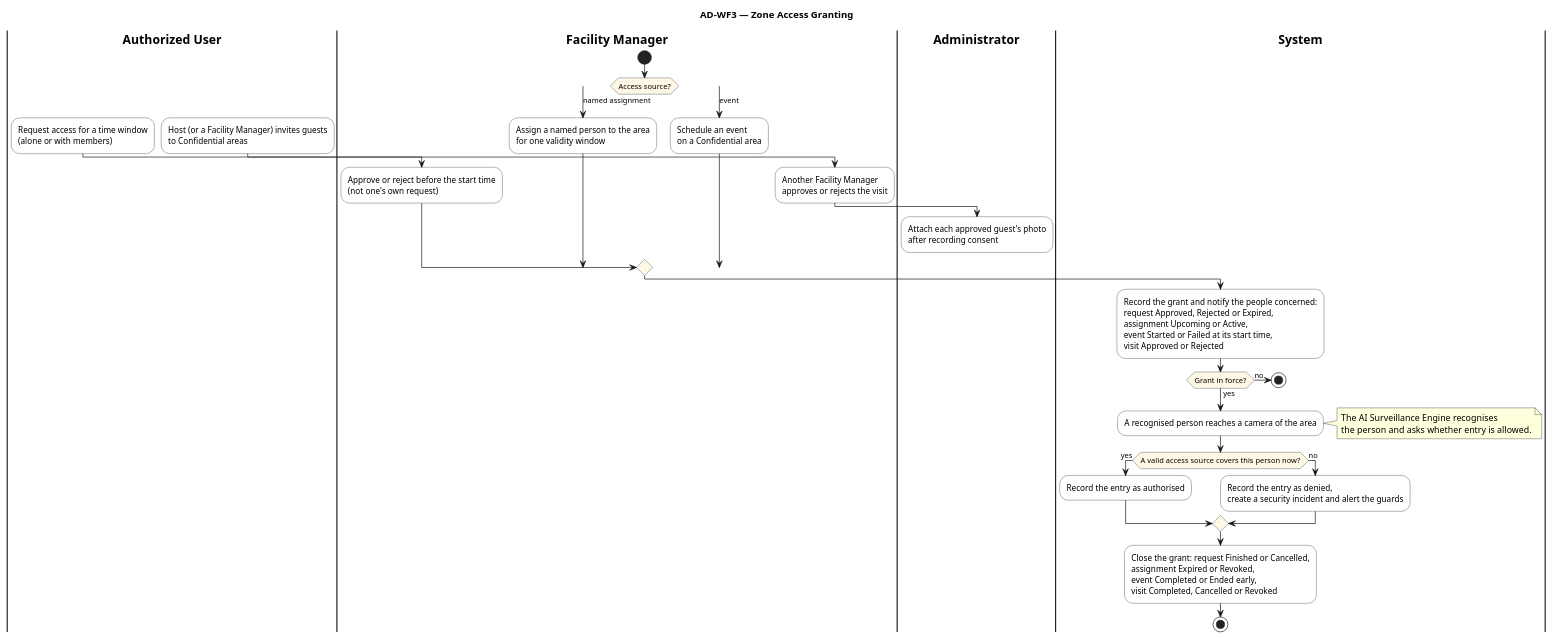
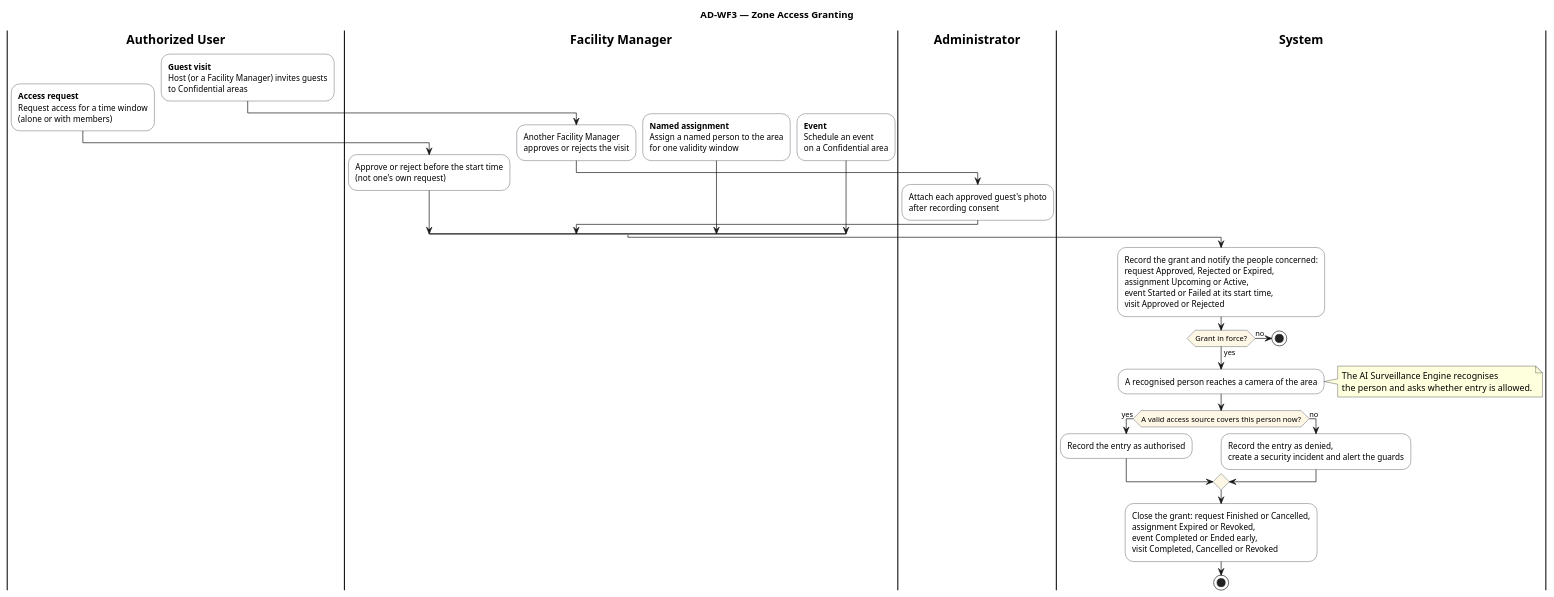
Before and after one commit to AnhHao2505/AI-Based-Intelligent-Campus-Security-Surveillance-System: the diagram in docs/diagrams/activity-wf3-zone-access-granting.puml, drawn with PlantUML.

Commit message:
Docs/wf3 restore if elseif (#155)
* docs(diagrams): restore if/elseif in WF-3 activity diagram, label branches

* docs(diagrams): start WF-3 in the Authorized User lane so all branches render

* docs(diagrams): draw WF-3 access sources as parallel entry flows

```diff
--- a/docs/diagrams/activity-wf3-zone-access-granting.puml
+++ b/docs/diagrams/activity-wf3-zone-access-granting.puml
@@ -1,72 +1,77 @@
 @startuml activity-wf3-zone-access-granting
 ' Title: AD-WF3 Zone Access Granting (WF-3, owner Nguyen Anh Hao)
 ' Source (verified against main @ e474968, 29/10/2026): service/AccessRequestService.java (create; review only before the start time and not by the requester;
 '   expire, finish, cancel), service/AreaAssignedPersonnelService.java, service/AreaService.java + scheduler/AreaEventModeScheduler.java
 '   (event start or FAILED), service/GuestVisitService.java (host cannot review own visit), service/GuestPhotoService.java,
 '   service/AccessDecisionService.java (checkCameraEntry), ai-service (check-entry call, alert)
 ' Business level only. Detailed flows: activity-access-request.mmd, activity-event-schedule.mmd, activity-guest-visit.mmd.
 skinparam defaultFontName Arial
 skinparam shadowing false
 skinparam ActivityBackgroundColor #FFFFFF
 skinparam ActivityBorderColor #1F2937
 skinparam ActivityDiamondBackgroundColor #FFF7E6
 skinparam SwimlaneTitleFontStyle bold
 title AD-WF3 — Zone Access Granting
 
 |Authorized User|
 |Facility Manager|
 |Administrator|
 |System|
-|Facility Manager|
-start
-switch (Access source?)
-case (access request)
-  |Authorized User|
-  :Request access for a time window
+|Authorized User|
+split
+  -[hidden]->
+  :<b>Access request</b>
+  Request access for a time window
   (alone or with members);
   |Facility Manager|
   :Approve or reject before the start time
   (not one's own request);
-case (named assignment)
-  |Facility Manager|
-  :Assign a named person to the area
-  for one validity window;
-case (event)
-  |Facility Manager|
-  :Schedule an event
-  on a Confidential area;
-case (guest visit)
+split again
   |Authorized User|
-  :Host (or a Facility Manager) invites guests
+  -[hidden]->
+  :<b>Guest visit</b>
+  Host (or a Facility Manager) invites guests
   to Confidential areas;
   |Facility Manager|
   :Another Facility Manager
   approves or rejects the visit;
   |Administrator|
   :Attach each approved guest's photo
   after recording consent;
-endswitch
+split again
+  |Facility Manager|
+  -[hidden]->
+  :<b>Named assignment</b>
+  Assign a named person to the area
+  for one validity window;
+split again
+  |Facility Manager|
+  -[hidden]->
+  :<b>Event</b>
+  Schedule an event
+  on a Confidential area;
+end split
 |System|
 :Record the grant and notify the people concerned:
 request Approved, Rejected or Expired,
 assignment Upcoming or Active,
 event Started or Failed at its start time,
 visit Approved or Rejected;
 if (Grant in force?) then (no)
   stop
 else (yes)
 endif
 :A recognised person reaches a camera of the area;
 note right: The AI Surveillance Engine recognises\nthe person and asks whether entry is allowed.
 if (A valid access source covers this person now?) then (yes)
   :Record the entry as authorised;
 else (no)
   :Record the entry as denied,
   create a security incident and alert the guards;
 endif
 :Close the grant: request Finished or Cancelled,
 assignment Expired or Revoked,
 event Completed or Ended early,
 visit Completed, Cancelled or Revoked;
 stop
 @enduml
```
